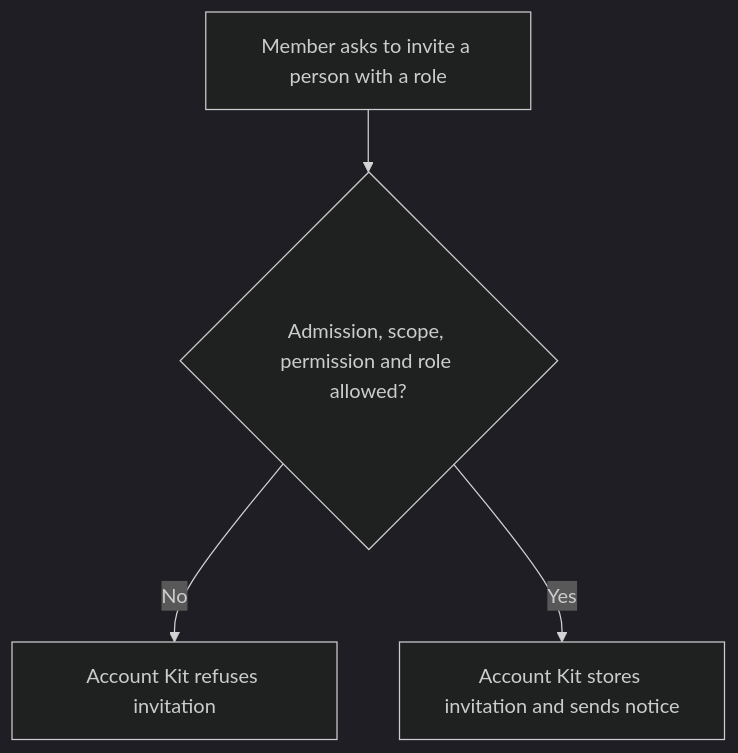
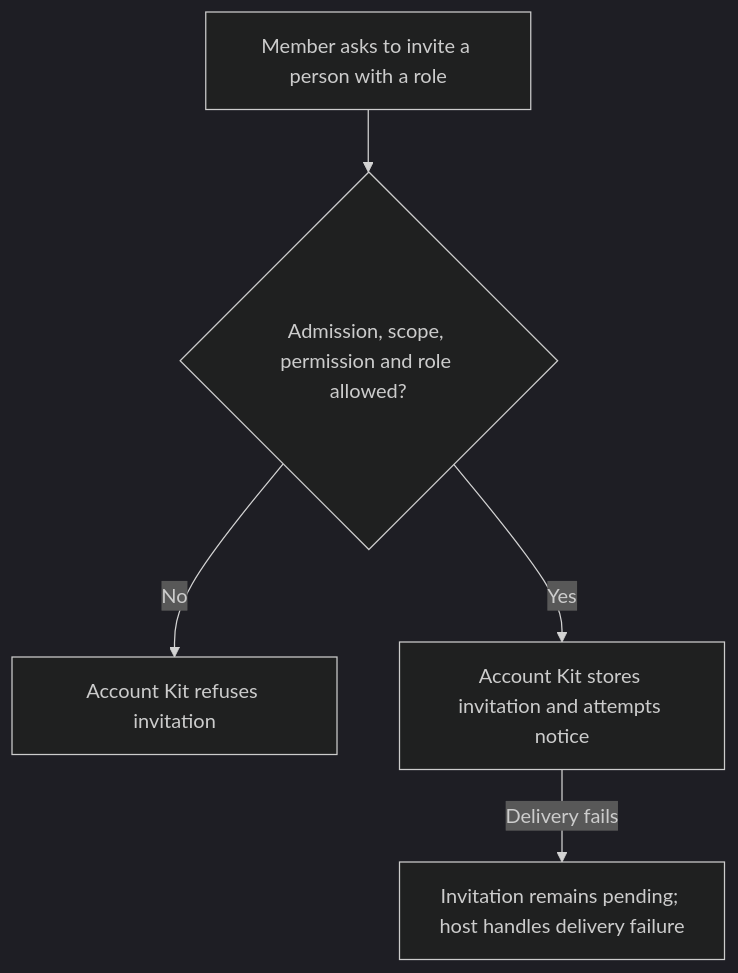
Before and after one commit to Kevinjohn/oss-adonisjs-access-control: the first of 2 diagrams in user-stories/US-ACCESS-09-invite-member.md, drawn with Mermaid (dark theme). The commit also changed other lines of this file and 18 other files, not shown here.

Commit message:
Reconcile access control story flows

````diff
--- a/user-stories/US-ACCESS-09-invite-member.md
+++ b/user-stories/US-ACCESS-09-invite-member.md
@@ -21,6 +21,7 @@
 ```mermaid
 flowchart TD
     A["Member asks to invite a person with a role"] --> B{"Admission, scope, permission and role allowed?"}
     B -->|No| C["Account Kit refuses invitation"]
-    B -->|Yes| D["Account Kit stores invitation and sends notice"]
+    B -->|Yes| D["Account Kit stores invitation and attempts notice"]
+    D -->|Delivery fails| E["Invitation remains pending; host handles delivery failure"]
 ```
````
